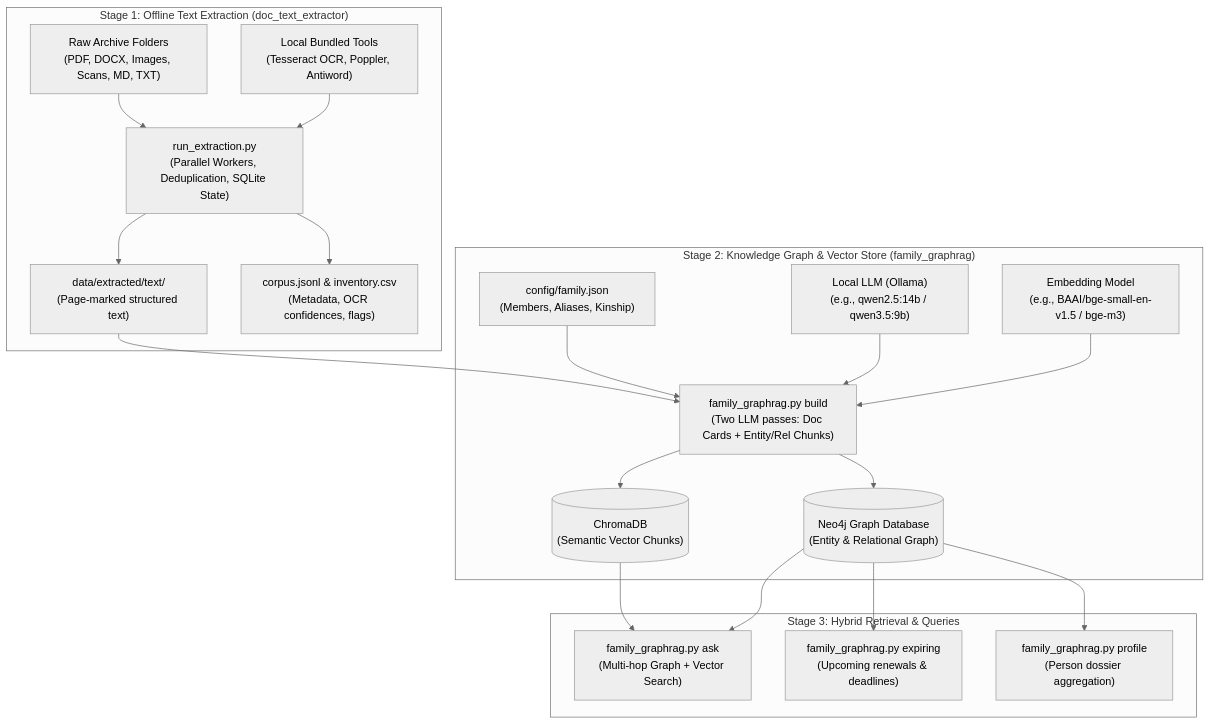
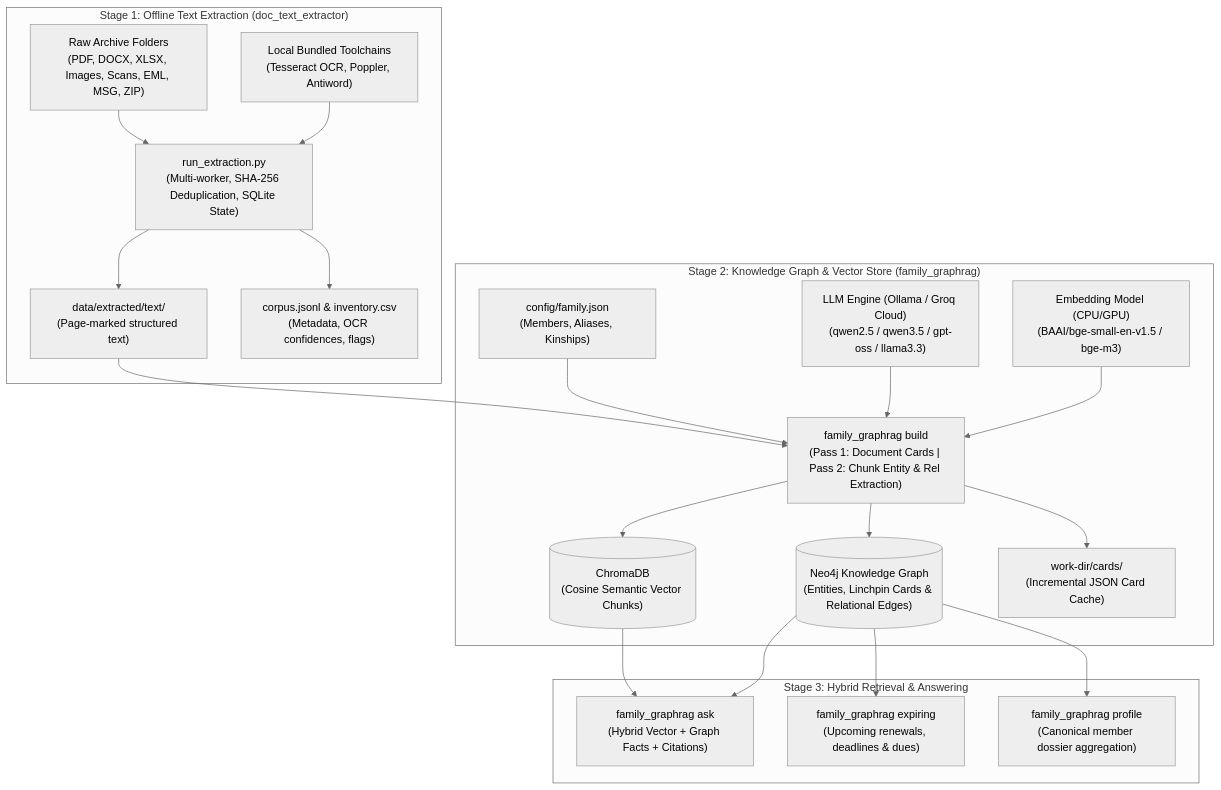
One commit to bottesaketh-dev/Documents_Knowledge_Graph changed the diagram in README.md. Above: the diagram before and after it, drawn with Mermaid (neutral theme). The commit also changed other lines of this file and 21 other files, not shown here.

````diff
--- a/README.md
+++ b/README.md
@@ -9,38 +12,39 @@
 ```mermaid
 flowchart TD
     subgraph Stage1["Stage 1: Offline Text Extraction (doc_text_extractor)"]
-        RawDocs["Raw Archive Folders<br/>(PDF, DOCX, Images, Scans, MD, TXT)"]
-        Tools["Local Bundled Tools<br/>(Tesseract OCR, Poppler, Antiword)"]
-        Runner["run_extraction.py<br/>(Parallel Workers, Deduplication, SQLite State)"]
+        RawDocs["Raw Archive Folders<br/>(PDF, DOCX, XLSX, Images, Scans, EML, MSG, ZIP)"]
+        Tools["Local Bundled Toolchains<br/>(Tesseract OCR, Poppler, Antiword)"]
+        Runner["run_extraction.py<br/>(Multi-worker, SHA-256 Deduplication, SQLite State)"]
         RawDocs --> Runner
         Tools --> Runner
         Runner --> TextStore["data/extracted/text/<br/>(Page-marked structured text)"]
         Runner --> Manifests["corpus.jsonl & inventory.csv<br/>(Metadata, OCR confidences, flags)"]
     end
 
     subgraph Stage2["Stage 2: Knowledge Graph & Vector Store (family_graphrag)"]
-        FamilyConfig["config/family.json<br/>(Members, Aliases, Kinship)"]
-        Ollama["Local LLM (Ollama)<br/>(e.g., qwen2.5:14b / qwen3.5:9b)"]
-        Embeddings["Embedding Model<br/>(e.g., BAAI/bge-small-en-v1.5 / bge-m3)"]
-        BuildPipeline["family_graphrag.py build<br/>(Two LLM passes: Doc Cards + Entity/Rel Chunks)"]
+        FamilyConfig["config/family.json<br/>(Members, Aliases, Kinships)"]
+        LLMConfig["LLM Engine (Ollama / Groq Cloud)<br/>(qwen2.5 / qwen3.5 / gpt-oss / llama3.3)"]
+        Embeddings["Embedding Model (CPU/GPU)<br/>(BAAI/bge-small-en-v1.5 / bge-m3)"]
+        BuildPipeline["family_graphrag build<br/>(Pass 1: Document Cards | Pass 2: Chunk Entity & Rel Extraction)"]
         
         TextStore --> BuildPipeline
         FamilyConfig --> BuildPipeline
-        Ollama --> BuildPipeline
+        LLMConfig --> BuildPipeline
         Embeddings --> BuildPipeline
         
-        BuildPipeline --> ChromaDB[("ChromaDB<br/>(Semantic Vector Chunks)")]
-        BuildPipeline --> Neo4j[("Neo4j Graph Database<br/>(Entity & Relational Graph)")]
+        BuildPipeline --> ChromaDB[("ChromaDB<br/>(Cosine Semantic Vector Chunks)")]
+        BuildPipeline --> Neo4j[("Neo4j Knowledge Graph<br/>(Entities, Linchpin Cards & Relational Edges)")]
+        BuildPipeline --> CardsCache["work-dir/cards/<br/>(Incremental JSON Card Cache)"]
     end
 
-    subgraph Stage3["Stage 3: Hybrid Retrieval & Queries"]
-        Ask["family_graphrag.py ask<br/>(Multi-hop Graph + Vector Search)"]
-        Expiring["family_graphrag.py expiring<br/>(Upcoming renewals & deadlines)"]
-        Profile["family_graphrag.py profile<br/>(Person dossier aggregation)"]
+    subgraph Stage3["Stage 3: Hybrid Retrieval & Answering"]
+        Ask["family_graphrag ask<br/>(Hybrid Vector + Graph Facts + Citations)"]
+        Expiring["family_graphrag expiring<br/>(Upcoming renewals, deadlines & dues)"]
+        Profile["family_graphrag profile<br/>(Canonical member dossier aggregation)"]
         
         ChromaDB --> Ask
         Neo4j --> Ask
         Neo4j --> Expiring
         Neo4j --> Profile
     end
 ```
````
